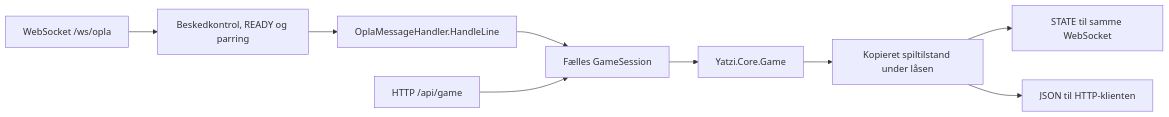
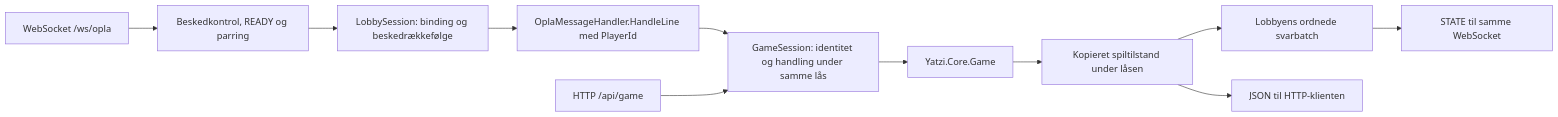
Before and after one commit to Bmantaz/H3-Yatzi: the diagram in docs/opla-handler.md, drawn with Mermaid. The commit also changed other lines of this file and 34 other files, not shown here.

````diff
--- a/docs/opla-handler.md
+++ b/docs/opla-handler.md
@@ -16,11 +17,13 @@
 ```mermaid
 flowchart LR
     Input["WebSocket /ws/opla"] --> Access["Beskedkontrol, READY og parring"]
-    Access --> Handler["OplaMessageHandler.HandleLine"]
-    Handler --> Session["Fælles GameSession"]
+    Access --> Lobby["LobbySession: binding og beskedrækkefølge"]
+    Lobby --> Handler["OplaMessageHandler.HandleLine med PlayerId"]
+    Handler --> Session["GameSession: identitet og handling under samme lås"]
     Http["HTTP /api/game"] --> Session
     Session --> Core["Yatzi.Core.Game"]
     Core --> Snapshot["Kopieret spiltilstand under låsen"]
-    Snapshot --> State["STATE til samme WebSocket"]
+    Snapshot --> Queue["Lobbyens ordnede svarbatch"]
+    Queue --> State["STATE til samme WebSocket"]
     Snapshot --> Json["JSON til HTTP-klienten"]
 ```
````
